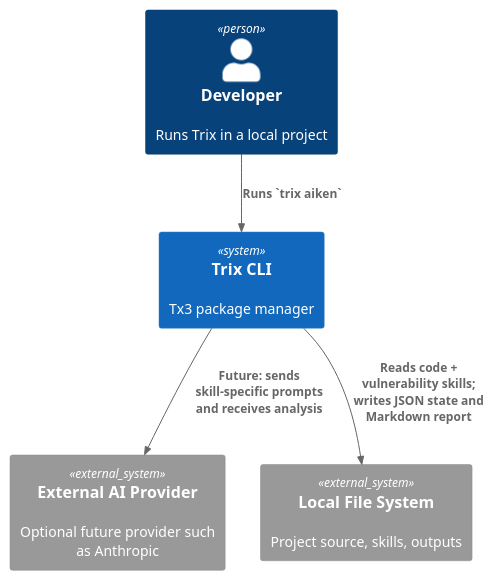
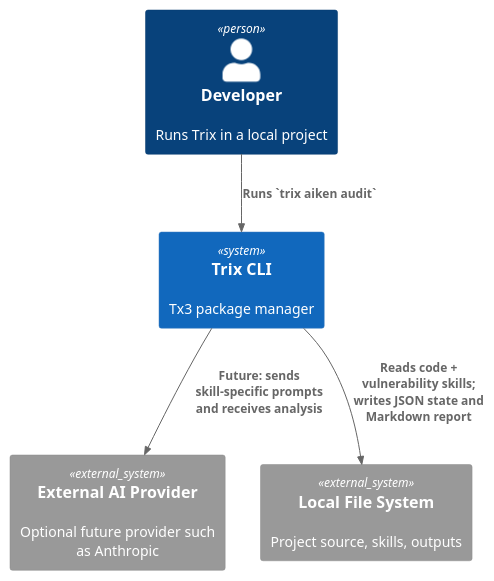
The diagram in design/003-assets/c4-context.puml (tx3-lang/trix), drawn with PlantUML before and after one commit. The commit also changed 20 other files, not shown here.

```diff
--- a/design/003-assets/c4-context.puml
+++ b/design/003-assets/c4-context.puml
@@ -1,13 +1,13 @@
 @startuml C4_Context_AikenVuln
 !include https://raw.githubusercontent.com/plantuml-stdlib/C4-PlantUML/master/C4_Context.puml
 
 Person(dev, "Developer", "Runs Trix in a local project")
 System(trix, "Trix CLI", "Tx3 package manager")
 System_Ext(ai, "External AI Provider", "Optional future provider such as Anthropic")
 System_Ext(fs, "Local File System", "Project source, skills, outputs")
 
-Rel(dev, trix, "Runs `trix aiken`")
+Rel(dev, trix, "Runs `trix aiken audit`")
 Rel(trix, fs, "Reads code + vulnerability skills; writes JSON state and Markdown report")
 Rel(trix, ai, "Future: sends skill-specific prompts and receives analysis")
 
 @enduml
```
